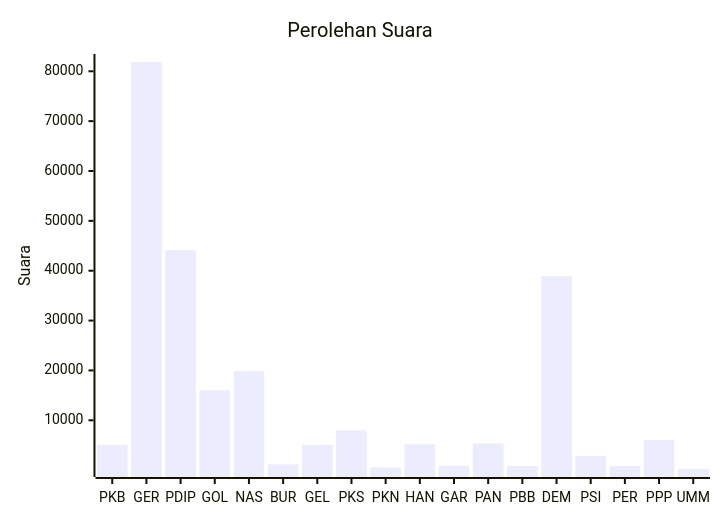
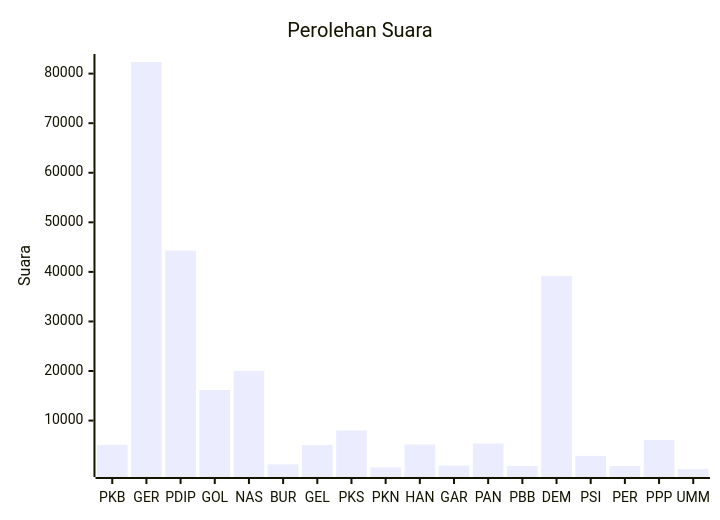
One commit to gigit-pemilu/pemilu-2024 changed the diagram in pileg-dpr/hitung-suara/sub/table-wilayah-65.md. Above: the diagram before and after it, drawn with Mermaid. The commit also changed other lines of this file and 19 other files, not shown here.

````diff
--- a/pileg-dpr/hitung-suara/sub/table-wilayah-65.md
+++ b/pileg-dpr/hitung-suara/sub/table-wilayah-65.md
@@ -7,7 +7,7 @@
 ```mermaid
 xychart-beta
     title "Perolehan Suara"
     x-axis [PKB, GER, PDIP, GOL, NAS, BUR, GEL, PKS, PKN, HAN, GAR, PAN, PBB, DEM, PSI, PER, PPP, UMM]
     y-axis "Suara"
-    bar [5041, 81859, 44119, 16024, 19895, 1160, 5069, 7966, 555, 5169, 907, 5346, 832, 38896, 2869, 835, 6050, 233]
+    bar [5099, 82345, 44310, 16175, 20008, 1165, 5077, 8006, 559, 5189, 911, 5367, 835, 39186, 2876, 836, 6081, 233]
 ```
````
